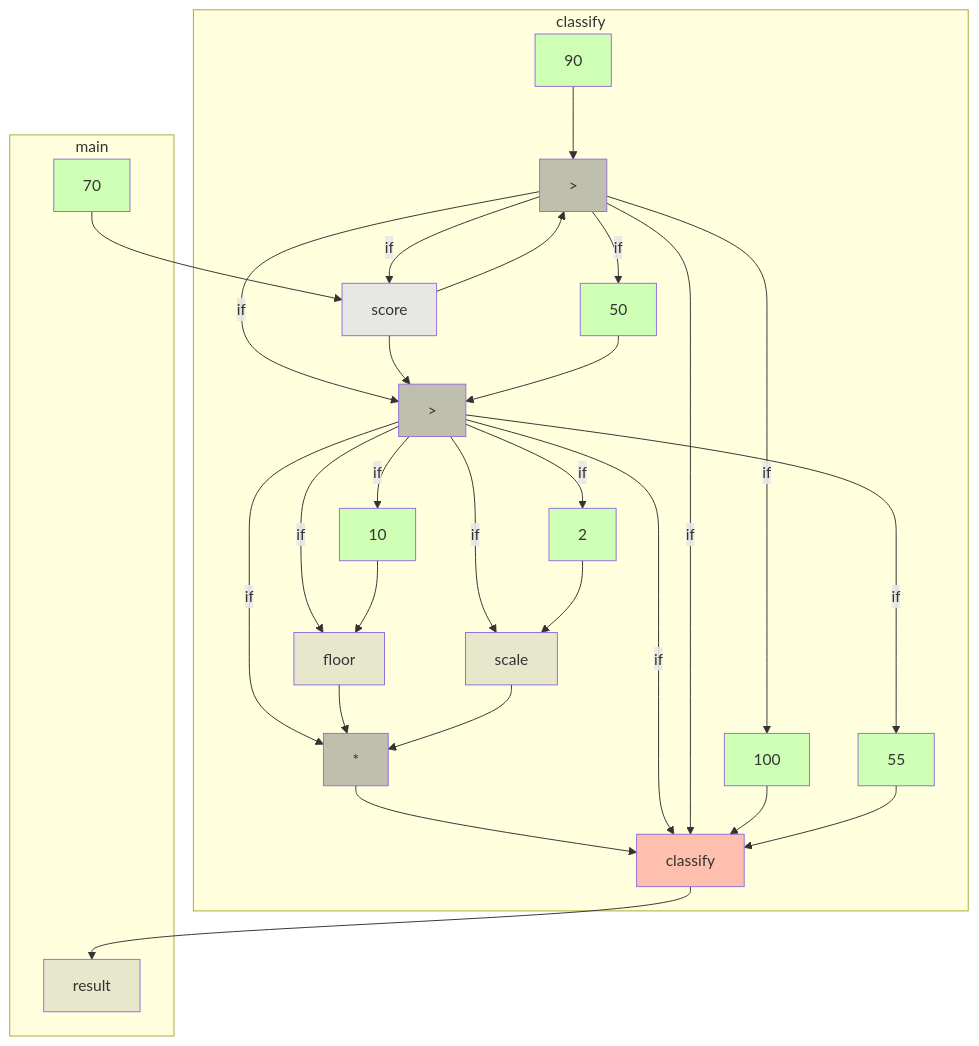
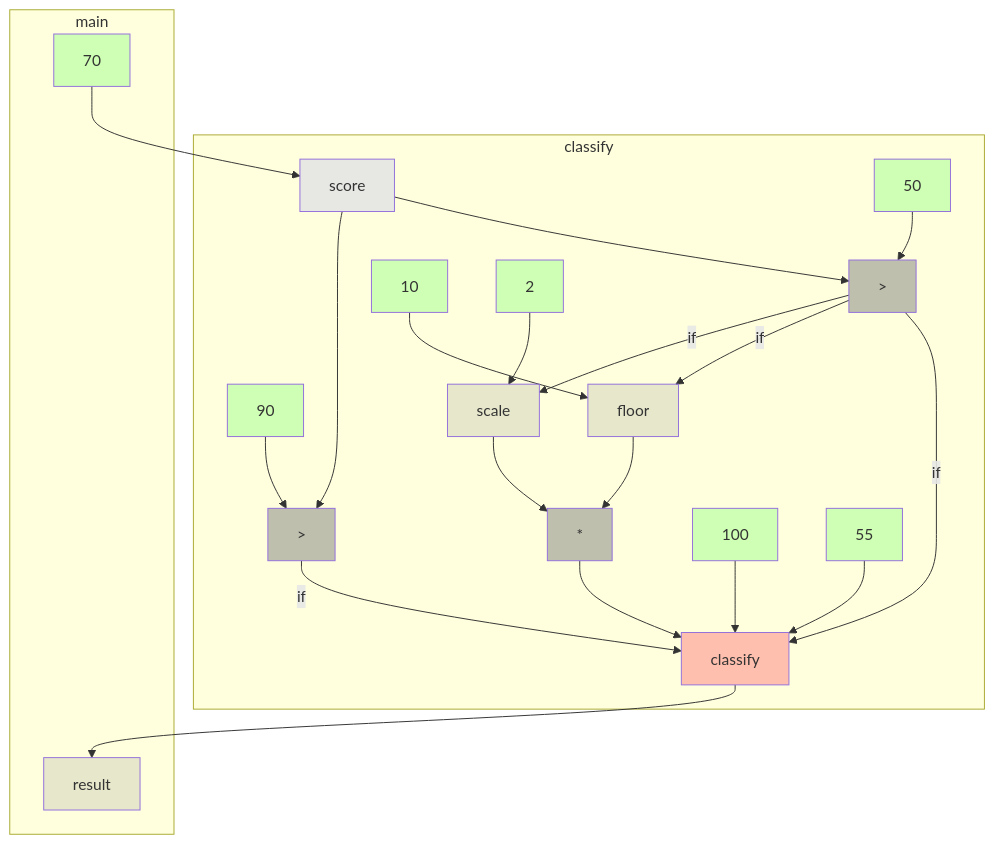
The diagram in app/src/test/resources/earlyReturn/spike-truth.md (gstiebler/codeflow), drawn with Mermaid before and after one commit. The commit also changed 21 other files, not shown here.

````diff
--- a/app/src/test/resources/earlyReturn/spike-truth.md
+++ b/app/src/test/resources/earlyReturn/spike-truth.md
@@ -3,54 +3,46 @@
 ```mermaid
 flowchart TD
   subgraph m0["classify"]
     n0["*"]:::BIN_OP
     n1["#gt;"]:::BIN_OP
     n2["#gt;"]:::BIN_OP
     n3["score"]:::FUNC_PARAM
     n4["100"]:::LITERAL
     n5["10"]:::LITERAL
     n6["2"]:::LITERAL
     n7["50"]:::LITERAL
     n8["55"]:::LITERAL
     n9["90"]:::LITERAL
     n10["classify"]:::RETURN
     n11["floor"]:::VARIABLE
     n12["scale"]:::VARIABLE
   end
   subgraph m1["main"]
     n13["70"]:::LITERAL
     n14["result"]:::VARIABLE
   end
   n0 --> n10
-  n1 -->|if| n0
   n1 -->|if| n10
   n1 -->|if| n11
   n1 -->|if| n12
-  n1 -->|if| n5
-  n1 -->|if| n6
-  n1 -->|if| n8
   n10 --> n14
   n11 --> n0
   n12 --> n0
   n13 --> n3
-  n2 -->|if| n1
   n2 -->|if| n10
-  n2 -->|if| n3
-  n2 -->|if| n4
-  n2 -->|if| n7
   n3 --> n1
   n3 --> n2
   n4 --> n10
   n5 --> n11
   n6 --> n12
   n7 --> n1
   n8 --> n10
   n9 --> n2
   classDef LITERAL fill:#00FF0030
   classDef VARIABLE fill:#80808030
   classDef BIN_OP fill:#80808080
   classDef FUNC_PARAM fill:#8080FF30
   classDef RETURN fill:#FF808080
   classDef EXTERNAL fill:#FFA50040
   classDef UNMODELLED fill:#FF000030,stroke-dasharray: 4 2
 ```
````
